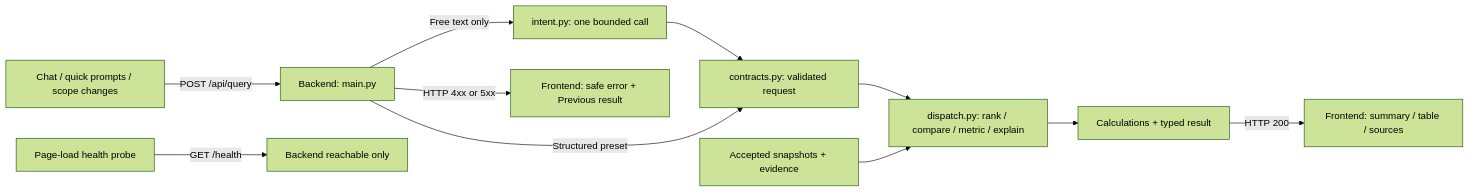
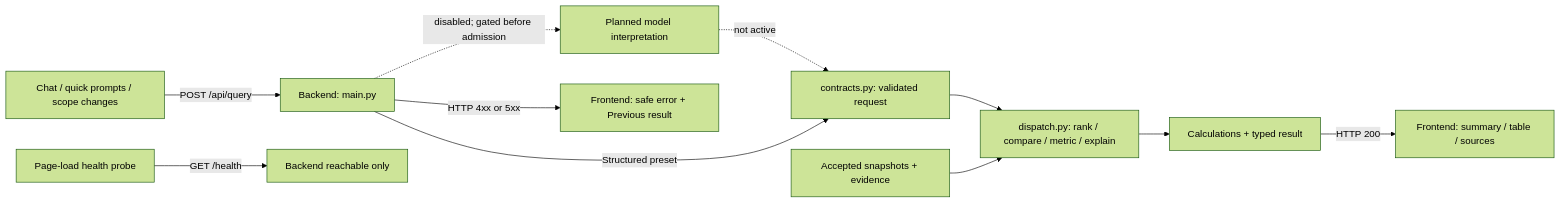
Before and after one commit to Bar-Bettash/deloitte-home-assignment: the diagram in README.md, drawn with Mermaid (forest theme). The commit also changed other lines of this file and 53 other files, not shown here.

````diff
--- a/README.md
+++ b/README.md
@@ -29,13 +29,13 @@
 ```mermaid
 flowchart LR
     Chat["Chat / quick prompts / scope changes"] -->|"POST /api/query"| Query["Backend: main.py"]
-    Query -->|"Free text only"| Model["intent.py: one bounded call"]
-    Model --> Validate["contracts.py: validated request"]
+    Query -.->|"disabled; gated before admission"| Model["Planned model interpretation"]
+    Model -.->|"not active"| Validate["contracts.py: validated request"]
     Query -->|"Structured preset"| Validate
     Validate --> Dispatch["dispatch.py: rank / compare / metric / explain"]
     Data["Accepted snapshots + evidence"] --> Dispatch
     Dispatch --> Result["Calculations + typed result"]
     Result -->|"HTTP 200"| Screen["Frontend: summary / table / sources"]
     Query -->|"HTTP 4xx or 5xx"| Error["Frontend: safe error + Previous result"]
     Page["Page-load health probe"] -->|"GET /health"| Health["Backend reachable only"]
 ```
````
